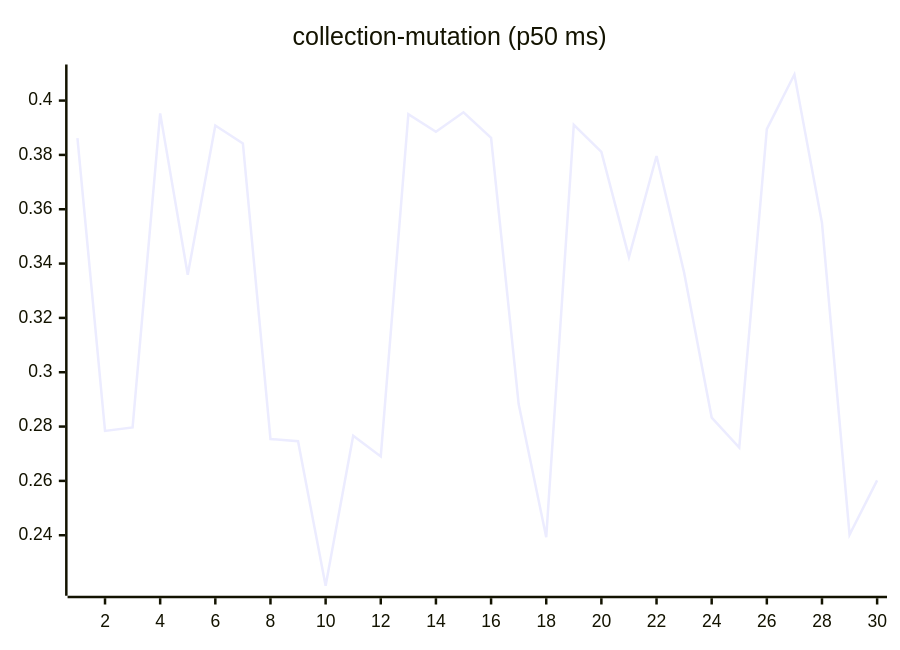
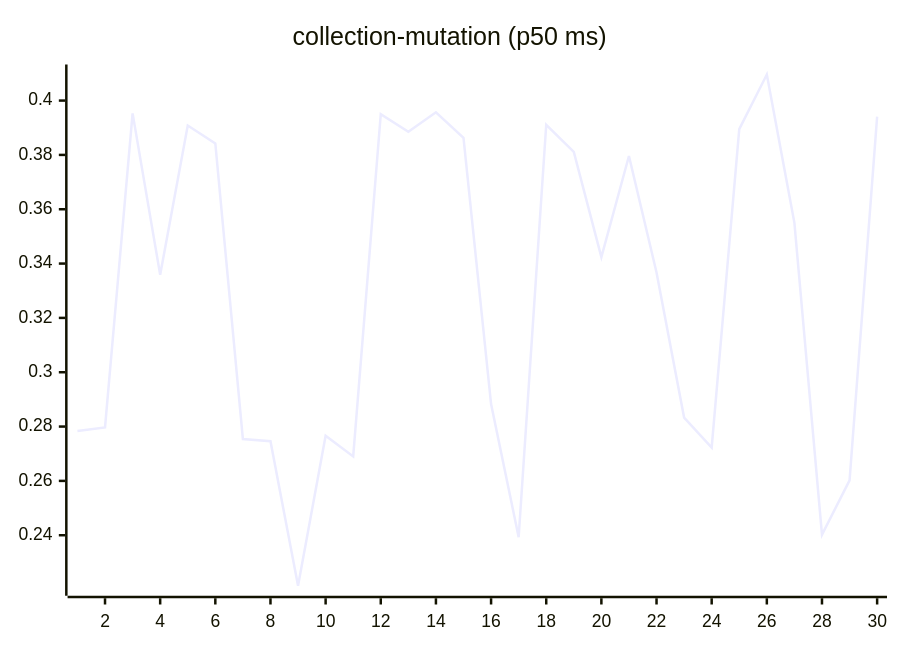
Before and after one commit to josha/Facet: the sixth of 27 diagrams in README.md, drawn with Mermaid. The commit also changed other lines of this file and 2 other files, not shown here.

````diff
--- a/README.md
+++ b/README.md
@@ -98,6 +98,6 @@
 ```mermaid
 xychart-beta
     title "collection-mutation (p50 ms)"
     x-axis 1 --> 30
-    line [0.3862, 0.2784, 0.2797, 0.3953, 0.3359, 0.3908, 0.3842, 0.2754, 0.2746, 0.2214, 0.2766, 0.2690, 0.3950, 0.3885, 0.3957, 0.3863, 0.2883, 0.2393, 0.3911, 0.3811, 0.3424, 0.3796, 0.3367, 0.2833, 0.2723, 0.3895, 0.4096, 0.3550, 0.2402, 0.2602]
+    line [0.2784, 0.2797, 0.3953, 0.3359, 0.3908, 0.3842, 0.2754, 0.2746, 0.2214, 0.2766, 0.2690, 0.3950, 0.3885, 0.3957, 0.3863, 0.2883, 0.2393, 0.3911, 0.3811, 0.3424, 0.3796, 0.3367, 0.2833, 0.2723, 0.3895, 0.4096, 0.3550, 0.2402, 0.2602, 0.3941]
 ```
````
